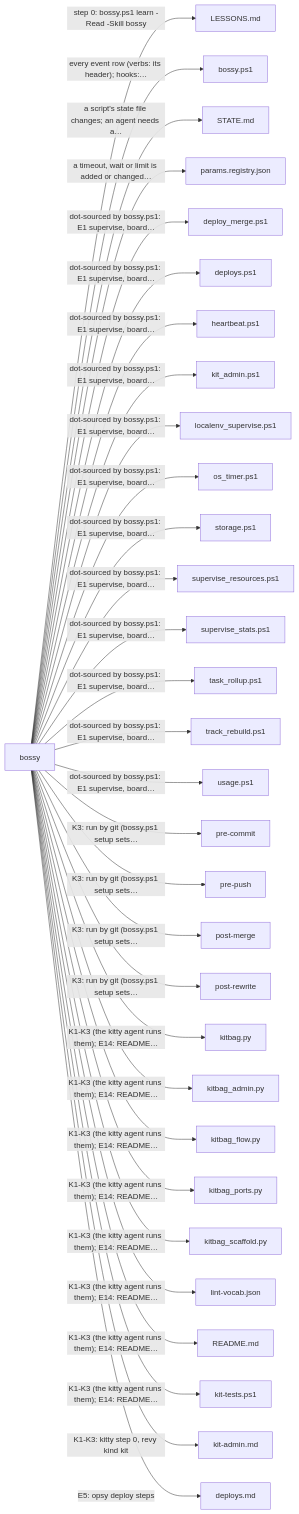
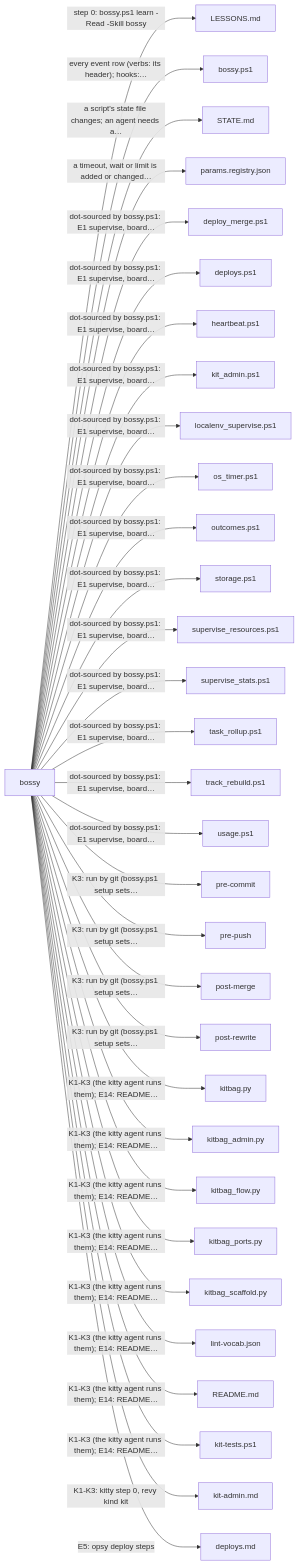
Before and after one commit to prskid1000/claude-crew: the third of 7 diagrams in README.md, drawn with Mermaid. The commit also changed other lines of this file and 9 other files, not shown here.

````diff
--- a/README.md
+++ b/README.md
@@ -402,34 +403,35 @@
 ```mermaid
 flowchart LR
   skills_bossy_SKILL_md["bossy"]
   skills_bossy_SKILL_md -->|"step 0: bossy.ps1 learn -Read -Skill bossy"| LESSONS_md["LESSONS.md"]
   skills_bossy_SKILL_md -->|"every event row (verbs: its header); hooks:…"| skills_bossy_bossy_ps1["bossy.ps1"]
   skills_bossy_SKILL_md -->|"a script's state file changes; an agent needs a…"| skills_bossy_STATE_md["STATE.md"]
   skills_bossy_SKILL_md -->|"a timeout, wait or limit is added or changed…"| skills_bossy_params_registry_json["params.registry.json"]
   skills_bossy_SKILL_md -->|"dot-sourced by bossy.ps1: E1 supervise, board…"| skills_bossy_adapters_deploy_merge_ps1["deploy_merge.ps1"]
   skills_bossy_SKILL_md -->|"dot-sourced by bossy.ps1: E1 supervise, board…"| skills_bossy_adapters_deploys_ps1["deploys.ps1"]
   skills_bossy_SKILL_md -->|"dot-sourced by bossy.ps1: E1 supervise, board…"| skills_bossy_adapters_heartbeat_ps1["heartbeat.ps1"]
   skills_bossy_SKILL_md -->|"dot-sourced by bossy.ps1: E1 supervise, board…"| skills_bossy_adapters_kit_admin_ps1["kit_admin.ps1"]
   skills_bossy_SKILL_md -->|"dot-sourced by bossy.ps1: E1 supervise, board…"| skills_bossy_adapters_localenv_supervise_ps1["localenv_supervise.ps1"]
   skills_bossy_SKILL_md -->|"dot-sourced by bossy.ps1: E1 supervise, board…"| skills_bossy_adapters_os_timer_ps1["os_timer.ps1"]
+  skills_bossy_SKILL_md -->|"dot-sourced by bossy.ps1: E1 supervise, board…"| skills_bossy_adapters_outcomes_ps1["outcomes.ps1"]
   skills_bossy_SKILL_md -->|"dot-sourced by bossy.ps1: E1 supervise, board…"| skills_bossy_adapters_storage_ps1["storage.ps1"]
   skills_bossy_SKILL_md -->|"dot-sourced by bossy.ps1: E1 supervise, board…"| skills_bossy_adapters_supervise_resources_ps1["supervise_resources.ps1"]
   skills_bossy_SKILL_md -->|"dot-sourced by bossy.ps1: E1 supervise, board…"| skills_bossy_adapters_supervise_stats_ps1["supervise_stats.ps1"]
   skills_bossy_SKILL_md -->|"dot-sourced by bossy.ps1: E1 supervise, board…"| skills_bossy_adapters_task_rollup_ps1["task_rollup.ps1"]
   skills_bossy_SKILL_md -->|"dot-sourced by bossy.ps1: E1 supervise, board…"| skills_bossy_adapters_track_rebuild_ps1["track_rebuild.ps1"]
   skills_bossy_SKILL_md -->|"dot-sourced by bossy.ps1: E1 supervise, board…"| skills_bossy_adapters_usage_ps1["usage.ps1"]
   skills_bossy_SKILL_md -->|"K3: run by git (bossy.ps1 setup sets…"| _githooks_pre_commit["pre-commit"]
   skills_bossy_SKILL_md -->|"K3: run by git (bossy.ps1 setup sets…"| _githooks_pre_push["pre-push"]
   skills_bossy_SKILL_md -->|"K3: run by git (bossy.ps1 setup sets…"| _githooks_post_merge["post-merge"]
   skills_bossy_SKILL_md -->|"K3: run by git (bossy.ps1 setup sets…"| _githooks_post_rewrite["post-rewrite"]
   skills_bossy_SKILL_md -->|"K1-K3 (the kitty agent runs them); E14: README…"| skills_bossy_kitbag_py["kitbag.py"]
   skills_bossy_SKILL_md -->|"K1-K3 (the kitty agent runs them); E14: README…"| skills_bossy_kitbag_admin_py["kitbag_admin.py"]
   skills_bossy_SKILL_md -->|"K1-K3 (the kitty agent runs them); E14: README…"| skills_bossy_kitbag_flow_py["kitbag_flow.py"]
   skills_bossy_SKILL_md -->|"K1-K3 (the kitty agent runs them); E14: README…"| skills_bossy_kitbag_ports_py["kitbag_ports.py"]
   skills_bossy_SKILL_md -->|"K1-K3 (the kitty agent runs them); E14: README…"| skills_bossy_kitbag_scaffold_py["kitbag_scaffold.py"]
   skills_bossy_SKILL_md -->|"K1-K3 (the kitty agent runs them); E14: README…"| skills_bossy_lint_vocab_json["lint-vocab.json"]
   skills_bossy_SKILL_md -->|"K1-K3 (the kitty agent runs them); E14: README…"| README_md["README.md"]
   skills_bossy_SKILL_md -->|"K1-K3 (the kitty agent runs them); E14: README…"| tests_kit_tests_ps1["kit-tests.ps1"]
   skills_bossy_SKILL_md -->|"K1-K3: kitty step 0, revy kind kit"| skills_bossy_kit_admin_md["kit-admin.md"]
   skills_bossy_SKILL_md -->|"E5: opsy deploy steps"| skills_bossy_deploys_md["deploys.md"]
 ```
````
